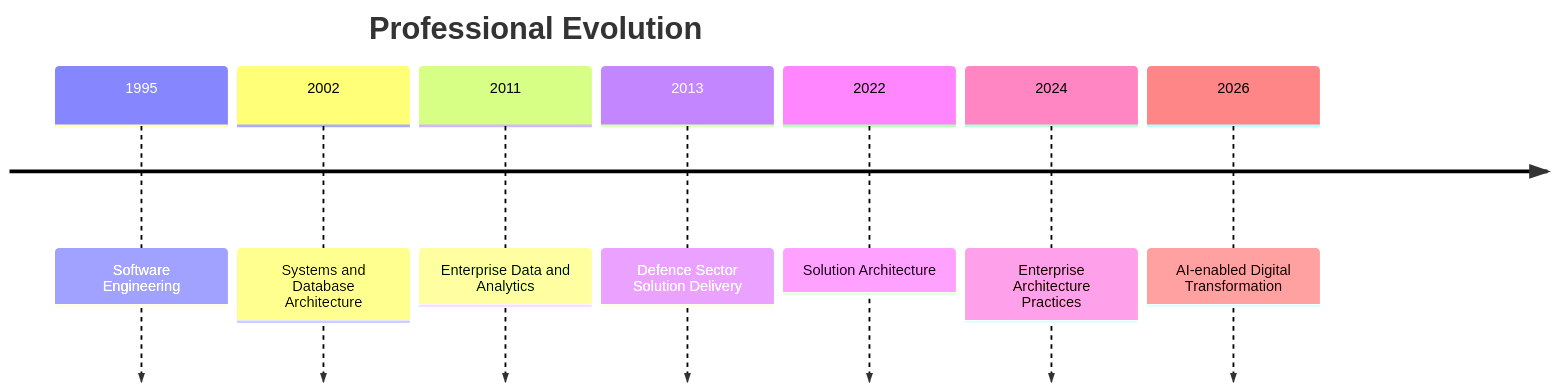
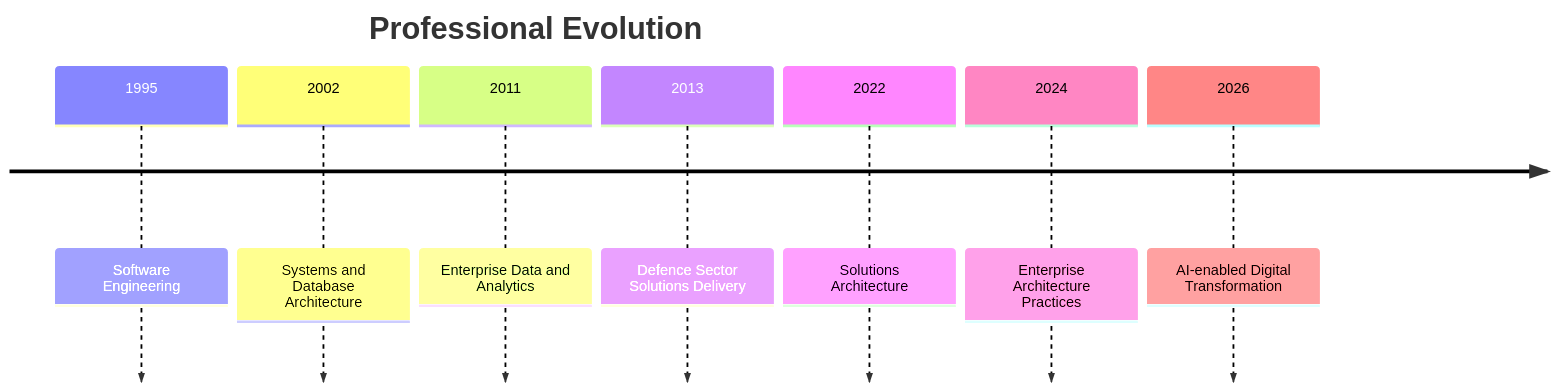
One commit to banban/banban changed the second of 15 diagrams in README.md. Above: the diagram before and after it, drawn with Mermaid. The commit also changed other lines of this file and 1 other file, not shown here.

````diff
--- a/README.md
+++ b/README.md
@@ -49,11 +49,11 @@
 ```mermaid
 timeline
     title Professional Evolution
     1995 : Software Engineering
     2002 : Systems and Database Architecture
     2011 : Enterprise Data and Analytics
-    2013 : Defence Sector Solution Delivery
-    2022 : Solution Architecture
+    2013 : Defence Sector Solutions Delivery
+    2022 : Solutions Architecture
     2024 : Enterprise Architecture Practices
     2026 : AI-enabled Digital Transformation
 ```
````
